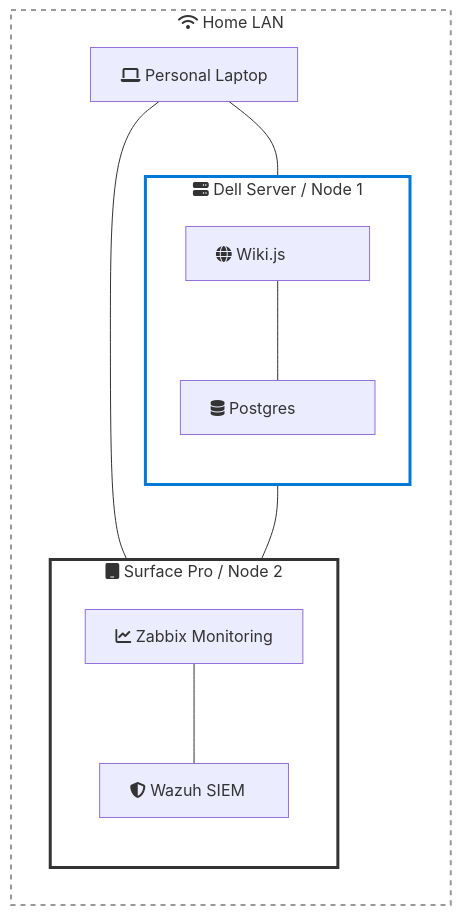
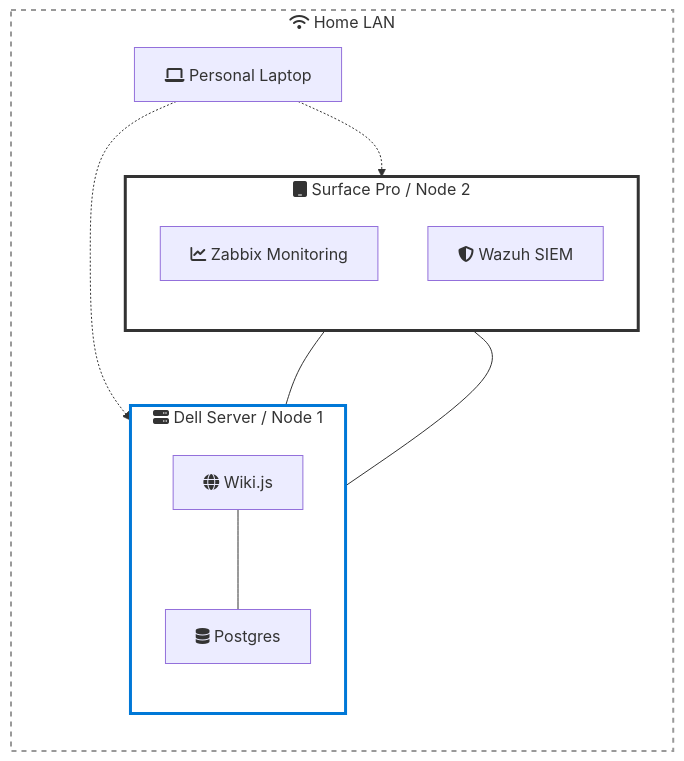
Before and after one commit to jacobbria/selfhosted_wiki_proxmox: the diagram in README.md, drawn with Mermaid.

Commit message:
Update README.md
Updated

````diff
--- a/README.md
+++ b/README.md
@@ -19,38 +19,39 @@
 ```mermaid
 graph TD
     %% Define the LAN Boundary
     subgraph LAN [fa:fa-wifi Home LAN]
         direction TB
         style LAN fill:none,stroke:#999,stroke-width:2px,stroke-dasharray: 5 5
 
         %% Central Access Point
         Laptop[fa:fa-laptop Personal Laptop]
 
         %% Node 1: Dell Server
         subgraph Dell [fa:fa-server Dell Server / Node 1]
             direction TB
             style Dell fill:none,stroke:#0078d7,stroke-width:3px
             
-            Wiki[fa:fa-globe Wiki.js&nbsp;&nbsp;&nbsp;&nbsp;&nbsp;&nbsp;&nbsp;&nbsp;&nbsp;&nbsp;&nbsp;&nbsp;]
-            DB[fa:fa-database Postgres&nbsp;&nbsp;&nbsp;&nbsp;&nbsp;&nbsp;&nbsp;&nbsp;&nbsp;&nbsp;&nbsp;]
+            Wiki[fa:fa-globe Wiki.js]
+            DB[fa:fa-database Postgres]
             
             Wiki --- DB
         end
 
         %% Node 2: Surface Pro
         subgraph Surface [fa:fa-tablet Surface Pro / Node 2]
             direction TB
             style Surface fill:none,stroke:#333,stroke-width:3px
             
             Zabbix[fa:fa-chart-line Zabbix Monitoring]
-            Wazuh[fa:fa-shield-halved Wazuh SIEM&nbsp;&nbsp;&nbsp;]
-            
-            Zabbix --- Wazuh
+            Wazuh[fa:fa-shield-halved Wazuh SIEM]
         end
 
-        %% Connections
-        Laptop --- Dell
-        Laptop --- Surface
-        Dell --- Surface
+        %% Connections (The Management Plane flow)
+        Laptop -.-> Zabbix
+        Laptop -.-> Wiki
+        
+        %% The Monitoring Flow (The "Eyes" watching the "Worker")
+        Zabbix --- Dell
+        Wazuh --- Dell
     end
 ```
````
